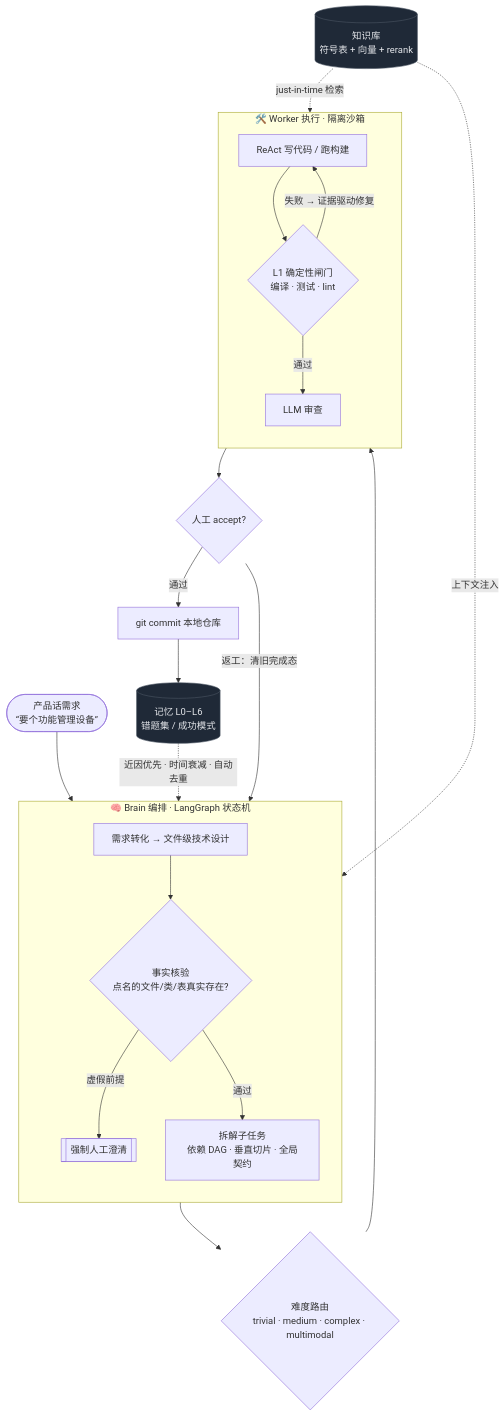
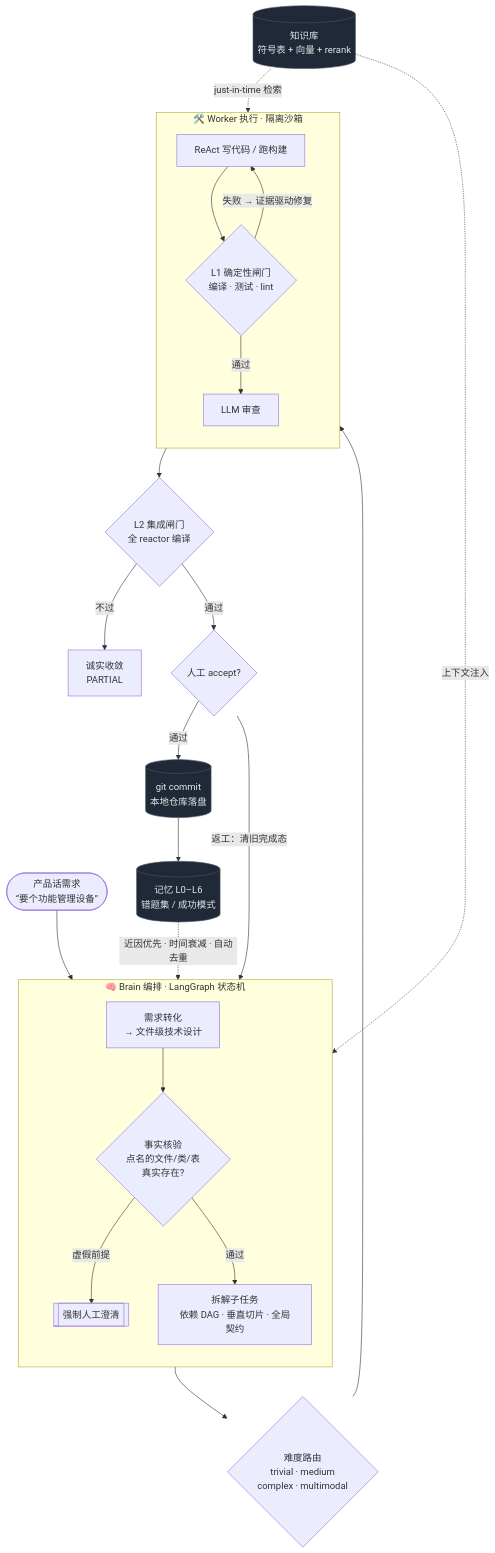
One commit to Victzhang79/Swarm changed the first of 4 diagrams in README.md. Above: the diagram before and after it, drawn with Mermaid. The commit also changed other lines of this file and 29 other files, not shown here.

````diff
--- a/README.md
+++ b/README.md
@@ -15,33 +85,35 @@
 ```mermaid
 flowchart TB
     U([产品话需求<br/>“要个功能管理设备”]) --> B1
 
     subgraph Brain["🧠 Brain 编排 · LangGraph 状态机"]
         direction TB
-        B1[需求转化 → 文件级技术设计] --> B2{事实核验<br/>点名的文件/类/表真实存在?}
+        B1[需求转化<br/>→ 文件级技术设计] --> B2{事实核验<br/>点名的文件/类/表<br/>真实存在?}
         B2 -->|虚假前提| HC[[强制人工澄清]]
         B2 -->|通过| B3[拆解子任务<br/>依赖 DAG · 垂直切片 · 全局契约]
     end
 
-    B3 --> R{难度路由<br/>trivial · medium · complex · multimodal}
+    B3 --> R{难度路由<br/>trivial · medium<br/>complex · multimodal}
 
     subgraph Worker["🛠️ Worker 执行 · 隔离沙箱"]
         direction TB
         W1[ReAct 写代码 / 跑构建] --> G{L1 确定性闸门<br/>编译 · 测试 · lint}
         G -->|失败 → 证据驱动修复| W1
         G -->|通过| LR[LLM 审查]
     end
 
     R --> W1
-    LR --> HM{人工 accept?}
+    LR --> L2{L2 集成闸门<br/>全 reactor 编译}
+    L2 -->|不过| PT[诚实收敛<br/>PARTIAL]
+    L2 -->|通过| HM{人工 accept?}
     HM -->|返工：清旧完成态| B3
-    HM -->|通过| CM[git commit 本地仓库]
+    HM -->|通过| CM[(git commit<br/>本地仓库落盘)]
     CM --> MEM[(记忆 L0–L6<br/>错题集 / 成功模式)]
 
     KB[(知识库<br/>符号表 + 向量 + rerank)] -. 上下文注入 .-> B3
     KB -. just-in-time 检索 .-> W1
     MEM -. 近因优先 · 时间衰减 · 自动去重 .-> B1
 
     classDef store fill:#1f2937,stroke:#4b5563,color:#e5e7eb;
-    class MEM,KB store;
+    class MEM,KB,CM store;
 ```
````
